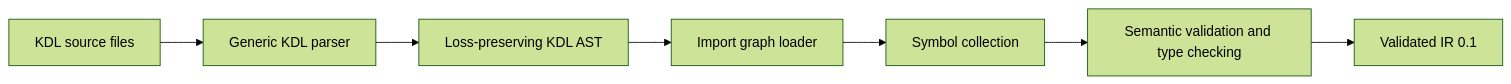
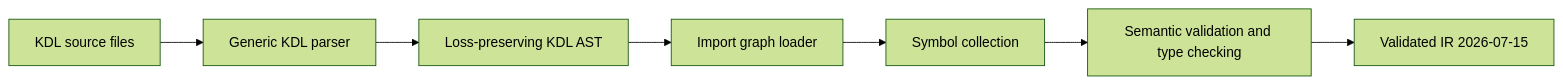
Before and after one commit to hsblabs/scrape-kdl: the diagram in docs/compiler-pipeline.md, drawn with Mermaid (forest theme). The commit also changed 50 other files, not shown here.

````diff
--- a/docs/compiler-pipeline.md
+++ b/docs/compiler-pipeline.md
@@ -3,12 +3,12 @@
 ```mermaid
 flowchart LR
     Source[KDL source files]
     Parser[Generic KDL parser]
     KDLAST[Loss-preserving KDL AST]
     Loader[Import graph loader]
     Symbols[Symbol collection]
     Semantic[Semantic validation and type checking]
-    IR[Validated IR 0.1]
+    IR[Validated IR 2026-07-15]
 
     Source --> Parser --> KDLAST --> Loader --> Symbols --> Semantic --> IR
 ```
````
